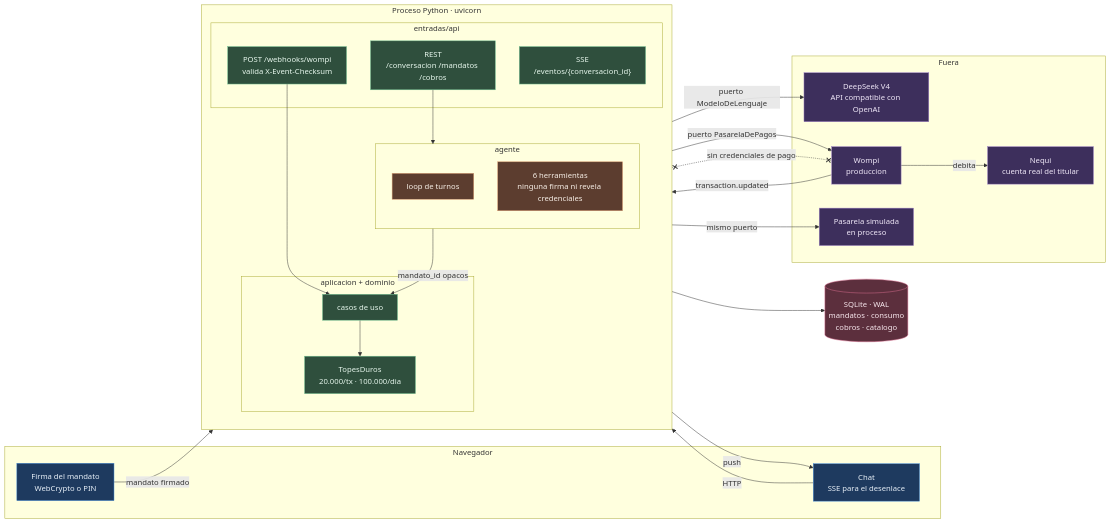
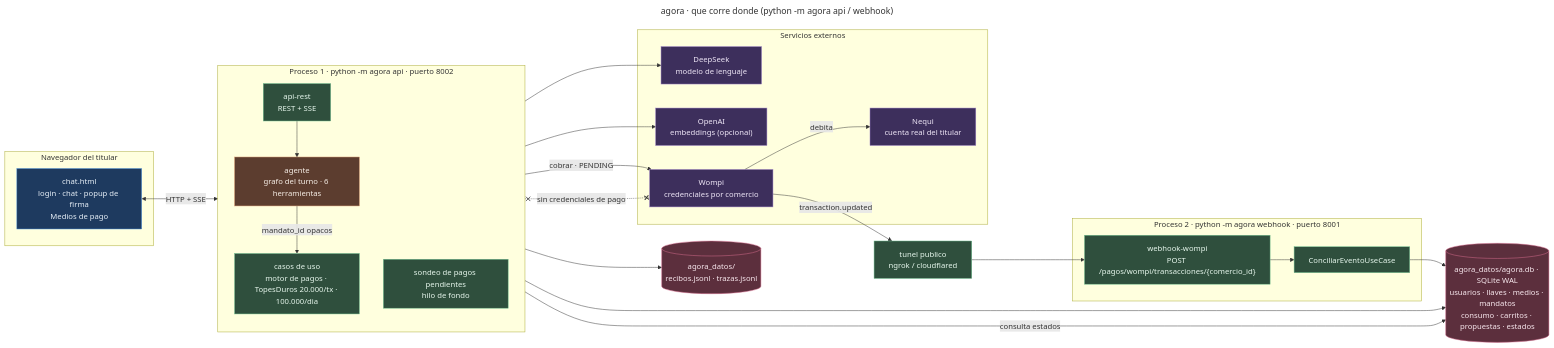
Before and after one commit to Jm0nti/agentic-commerce-COP: the diagram in docs/diagramas/04-despliegue.mermaid, drawn with Mermaid. The commit also changed 149 other files, not shown here.

Commit message:
refactor: clean architecture BC scaffold completed, extended documentation included

```diff
--- a/docs/diagramas/04-despliegue.mermaid
+++ b/docs/diagramas/04-despliegue.mermaid
@@ -1,62 +1,59 @@
+---
+title: agora · que corre donde (python -m agora api / webhook)
+---
 flowchart LR
-    subgraph NAV["Navegador"]
-        CHAT["Chat<br/>SSE para el desenlace"]
-        FIRMA["Firma del mandato<br/>WebCrypto o PIN"]
+    subgraph NAV["Navegador del titular"]
+        CHAT["chat.html<br/>login · chat · popup de firma<br/>Medios de pago"]
     end
 
-    subgraph PROC["Proceso Python · uvicorn"]
+    subgraph P1["Proceso 1 · python -m agora api · puerto 8002"]
         direction TB
-
-        subgraph WEB["entradas/api"]
-            REST["REST<br/>/conversacion /mandatos /cobros"]
-            SSE["SSE<br/>/eventos/{conversacion_id}"]
-            HOOK["POST /webhooks/wompi<br/>valida X-Event-Checksum"]
-        end
-
-        subgraph NUCLEO["aplicacion + dominio"]
-            CASOS["casos de uso"]
-            TOPES["TopesDuros<br/>20.000/tx · 100.000/dia"]
-        end
-
-        subgraph AGT["agente"]
-            LOOP["loop de turnos"]
-            TOOLS["6 herramientas<br/>ninguna firma ni revela credenciales"]
-        end
+        REST["api-rest<br/>REST + SSE"]
+        AGT["agente<br/>grafo del turno · 6 herramientas"]
+        UC1["casos de uso<br/>motor de pagos · TopesDuros 20.000/tx · 100.000/dia"]
+        SON["sondeo de pagos pendientes<br/>hilo de fondo"]
     end
 
-    DB[("SQLite · WAL<br/>mandatos · consumo<br/>cobros · catalogo")]
-
-    subgraph EXT["Fuera"]
-        DS["DeepSeek V4<br/>API compatible con OpenAI"]
-        WOMPI["Wompi<br/>produccion"]
-        NEQUI["Nequi<br/>cuenta real del titular"]
-        SIM["Pasarela simulada<br/>en proceso"]
+    subgraph P2["Proceso 2 · python -m agora webhook · puerto 8001"]
+        HOOK["webhook-wompi<br/>POST /pagos/wompi/transacciones/{comercio_id}"]
+        UC2["ConciliarEventoUseCase"]
     end
 
-    CHAT -->|HTTP| REST
-    SSE -->|push| CHAT
-    FIRMA -->|mandato firmado| REST
+    TUN["tunel publico<br/>ngrok / cloudflared"]
+
+    DB[("agora_datos/agora.db · SQLite WAL<br/>usuarios · llaves · medios · mandatos<br/>consumo · carritos · propuestas · estados")]
+    LOG[("agora_datos/<br/>recibos.jsonl · trazas.jsonl")]
+
+    subgraph EXT["Servicios externos"]
+        DS["DeepSeek<br/>modelo de lenguaje"]
+        OAI["OpenAI<br/>embeddings (opcional)"]
+        WOMPI["Wompi<br/>credenciales por comercio"]
+        NEQUI["Nequi<br/>cuenta real del titular"]
+    end
+
+    CHAT <-->|HTTP + SSE| REST
     REST --> AGT
-    AGT -->|"mandato_id opacos"| CASOS
-    LOOP -->|puerto ModeloDeLenguaje| DS
-    CASOS --> TOPES
-    CASOS --> DB
-    CASOS -->|"puerto PasarelaDePagos"| WOMPI
-    CASOS -->|"mismo puerto"| SIM
+    AGT -->|"mandato_id opacos"| UC1
+    AGT --> DS
+    AGT --> OAI
+    UC1 --> DB
+    UC1 --> LOG
+    UC1 -->|"cobrar · PENDING"| WOMPI
     WOMPI -->|debita| NEQUI
-    WOMPI -->|transaction.updated| HOOK
-    HOOK --> CASOS
+    WOMPI -->|transaction.updated| TUN --> HOOK
+    HOOK --> UC2 --> DB
+    SON -->|consulta estados| DB
 
     AGT x-.-x|"sin credenciales de pago"| WOMPI
 
     classDef nav fill:#1e3a5f,stroke:#4a90d9,color:#e8f0f8
     classDef nucleo fill:#2f4f3d,stroke:#6fbf8f,color:#e8f8ee
     classDef agente fill:#5c3d2f,stroke:#d99a6f,color:#f8f0e8
     classDef ext fill:#3d2f5c,stroke:#9b7fc4,color:#f0e8f8
     classDef datos fill:#5c2f3d,stroke:#d96f8f,color:#f8e8ee
 
-    class CHAT,FIRMA nav
-    class CASOS,TOPES,REST,SSE,HOOK nucleo
-    class LOOP,TOOLS agente
-    class DS,WOMPI,NEQUI,SIM ext
-    class DB datos
+    class CHAT nav
+    class REST,UC1,SON,HOOK,UC2,TUN nucleo
+    class AGT agente
+    class DS,OAI,WOMPI,NEQUI ext
+    class DB,LOG datos
```
